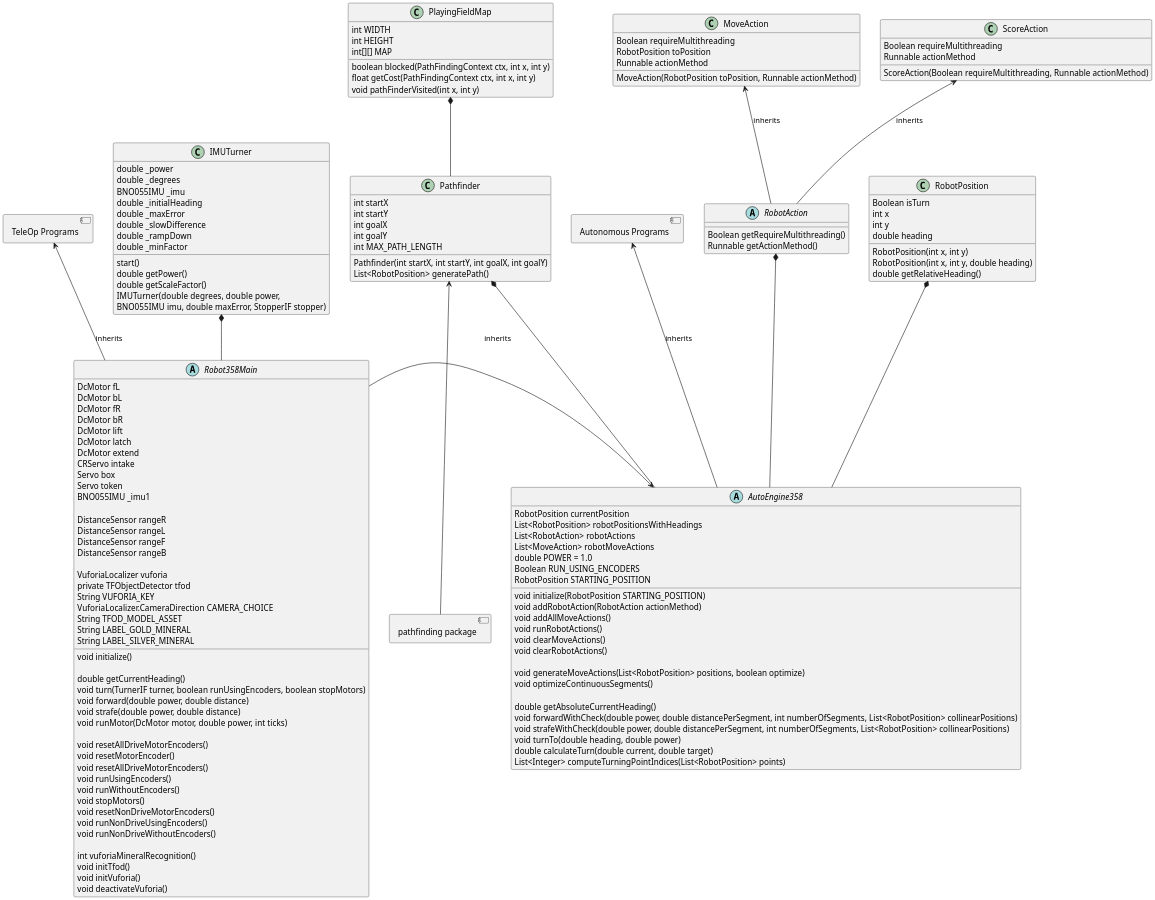
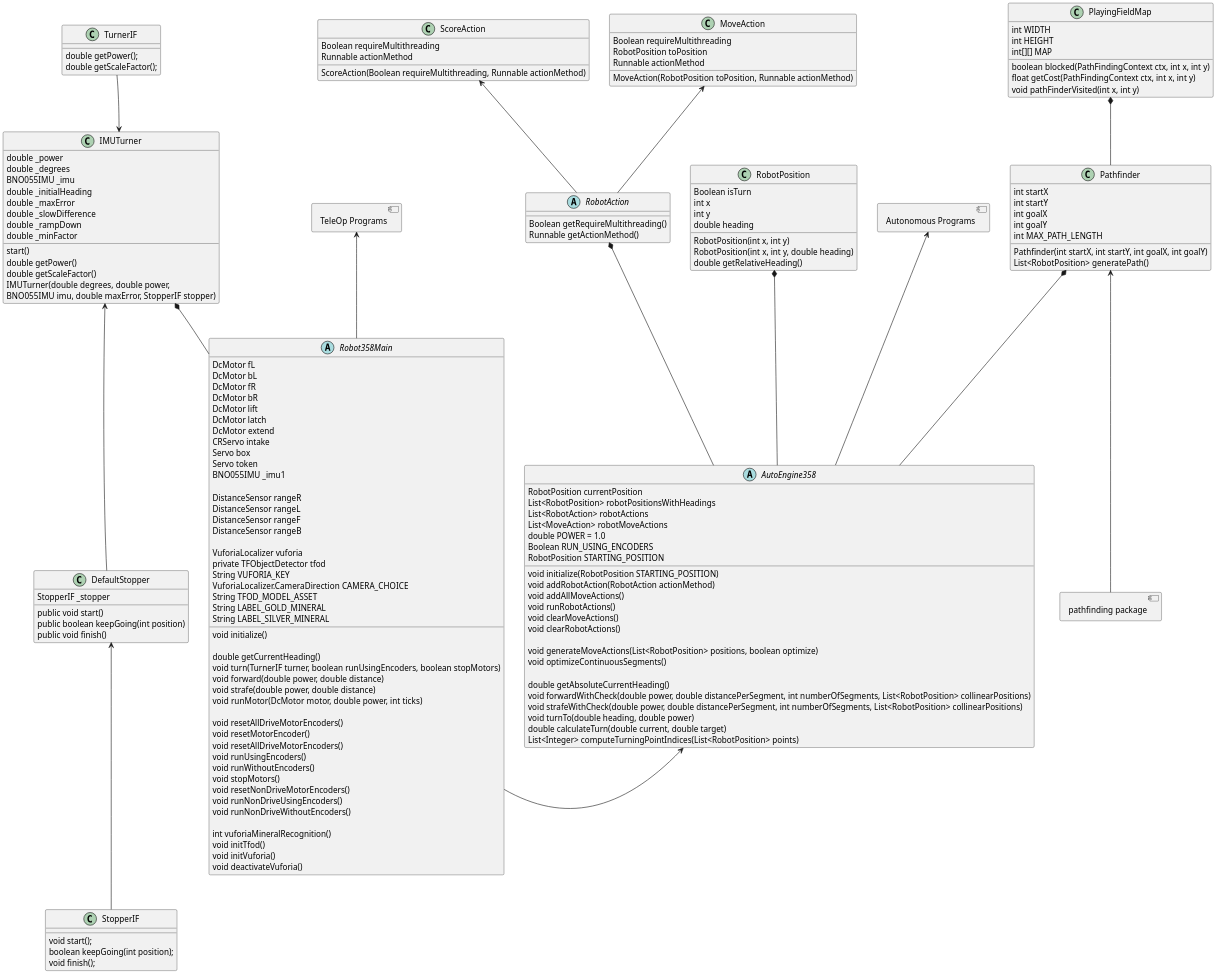
Before and after one commit to ftc358/358-2019: the diagram in TeamCode/src/main/java/org/firstinspires/ftc/teamcode/UML/20190209_detailed.puml, drawn with PlantUML. The commit also changed 1837 other files, not shown here.

```diff
--- a/TeamCode/src/main/java/org/firstinspires/ftc/teamcode/UML/20190209_detailed.puml
+++ b/TeamCode/src/main/java/org/firstinspires/ftc/teamcode/UML/20190209_detailed.puml
@@ -1,166 +1,190 @@
 @startuml
 
 allowmixing
 
 scale 2
 
 abstract class Robot358Main {
     DcMotor fL
     DcMotor bL
     DcMotor fR
     DcMotor bR
     DcMotor lift
     DcMotor latch
     DcMotor extend
     CRServo intake
     Servo box
     Servo token
     BNO055IMU _imu1
 
     DistanceSensor rangeR
     DistanceSensor rangeL
     DistanceSensor rangeF
     DistanceSensor rangeB
 
     VuforiaLocalizer vuforia
     private TFObjectDetector tfod
     String VUFORIA_KEY
     VuforiaLocalizer.CameraDirection CAMERA_CHOICE
     String TFOD_MODEL_ASSET
     String LABEL_GOLD_MINERAL
     String LABEL_SILVER_MINERAL
 
     void initialize()
 
     double getCurrentHeading()
     void turn(TurnerIF turner, boolean runUsingEncoders, boolean stopMotors)
     void forward(double power, double distance)
     void strafe(double power, double distance)
     void runMotor(DcMotor motor, double power, int ticks)
 
     void resetAllDriveMotorEncoders()
     void resetMotorEncoder()
     void resetAllDriveMotorEncoders()
     void runUsingEncoders()
     void runWithoutEncoders()
     void stopMotors()
     void resetNonDriveMotorEncoders()
     void runNonDriveUsingEncoders()
     void runNonDriveWithoutEncoders()
 
     int vuforiaMineralRecognition()
     void initTfod()
     void initVuforia()
     void deactivateVuforia()
 }
 abstract class AutoEngine358 {
     RobotPosition currentPosition
     List<RobotPosition> robotPositionsWithHeadings
     List<RobotAction> robotActions
     List<MoveAction> robotMoveActions
     double POWER = 1.0
     Boolean RUN_USING_ENCODERS
     RobotPosition STARTING_POSITION
 
     void initialize(RobotPosition STARTING_POSITION)
     void addRobotAction(RobotAction actionMethod)
     void addAllMoveActions()
     void runRobotActions()
     void clearMoveActions()
     void clearRobotActions()
 
     void generateMoveActions(List<RobotPosition> positions, boolean optimize)
     void optimizeContinuousSegments()
 
     double getAbsoluteCurrentHeading()
     void forwardWithCheck(double power, double distancePerSegment, int numberOfSegments, List<RobotPosition> collinearPositions)
     void strafeWithCheck(double power, double distancePerSegment, int numberOfSegments, List<RobotPosition> collinearPositions)
     void turnTo(double heading, double power)
     double calculateTurn(double current, double target)
     List<Integer> computeTurningPointIndices(List<RobotPosition> points)
 }
 abstract class RobotAction {
     Boolean getRequireMultithreading()
     Runnable getActionMethod()
 }
 class ScoreAction {
     Boolean requireMultithreading
     Runnable actionMethod
 
     ScoreAction(Boolean requireMultithreading, Runnable actionMethod)
 }
 class RobotPosition {
     Boolean isTurn
     int x
     int y
     double heading
 
     RobotPosition(int x, int y)
     RobotPosition(int x, int y, double heading)
     double getRelativeHeading()
 }
 class Pathfinder {
     int startX
     int startY
     int goalX
     int goalY
     int MAX_PATH_LENGTH
 
     Pathfinder(int startX, int startY, int goalX, int goalY)
     List<RobotPosition> generatePath()
 }
 class PlayingFieldMap {
     int WIDTH
     int HEIGHT
     int[][] MAP
 
     boolean blocked(PathFindingContext ctx, int x, int y)
     float getCost(PathFindingContext ctx, int x, int y)
     void pathFinderVisited(int x, int y)
 }
 class MoveAction {
     Boolean requireMultithreading
     RobotPosition toPosition
     Runnable actionMethod
 
     MoveAction(RobotPosition toPosition, Runnable actionMethod)
 }
 class IMUTurner {
     double _power
     double _degrees
     BNO055IMU _imu
     double _initialHeading
     double _maxError
     double _slowDifference
     double _rampDown
     double _minFactor
 
     start()
     double getPower()
     double getScaleFactor()
     IMUTurner(double degrees, double power,
     BNO055IMU imu, double maxError, StopperIF stopper)
 }
 
+class TurnerIF {
+    double getPower();
+    double getScaleFactor();
+}
+
+class StopperIF {
+    void start();
+    boolean keepGoing(int position);
+    void finish();
+}
+
+class DefaultStopper {
+    StopperIF _stopper
+    public void start()
+    public boolean keepGoing(int position)
+    public void finish()
+}
+
 component "pathfinding package"
 component "Autonomous Programs"
 component "TeleOp Programs"
 
-AutoEngine358 <-- Robot358Main : inherits
-AutoEngine358 -left[hidden]- Robot358Main : inherits
+AutoEngine358 <-- Robot358Main
+AutoEngine358 -left[hidden]- Robot358Main
 IMUTurner *-- Robot358Main 
-"Autonomous Programs" <-- AutoEngine358 : inherits
-PlayingFieldMap *-- Pathfinder 
+"Autonomous Programs" <-- AutoEngine358
+PlayingFieldMap *-- Pathfinder
 
-"TeleOp Programs" <-- Robot358Main : inherits
+IMUTurner <-- DefaultStopper
+IMUTurner -up[hidden]- DefaultStopper
+DefaultStopper <-- StopperIF
+IMUTurner <-- TurnerIF
+IMUTurner -up[hidden]- TurnerIF
+
+"TeleOp Programs" <-- Robot358Main
 RobotAction *-- AutoEngine358 
-MoveAction <-- RobotAction : inherits
-ScoreAction <-- RobotAction : inherits
+MoveAction <-- RobotAction
+ScoreAction <-- RobotAction
 RobotPosition *-- AutoEngine358 
 
 Pathfinder *-- AutoEngine358 
 Pathfinder <-- "pathfinding package"
 
 
 
 @enduml
```
